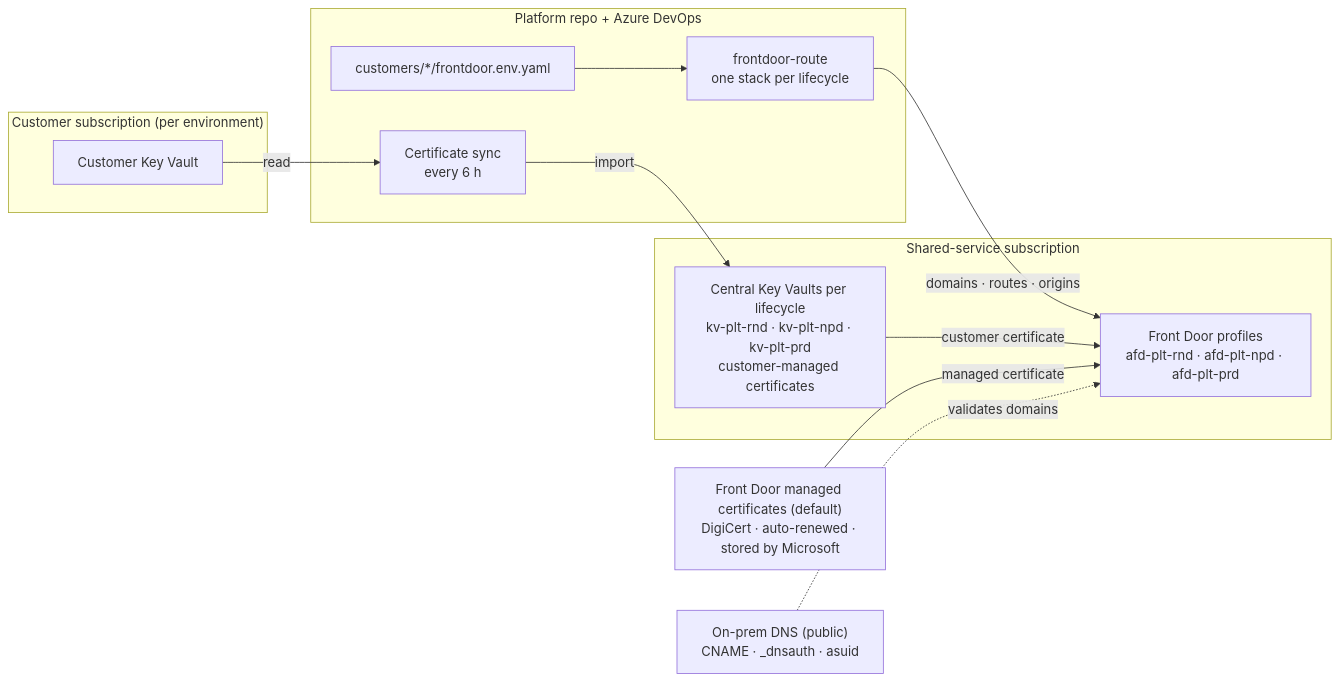
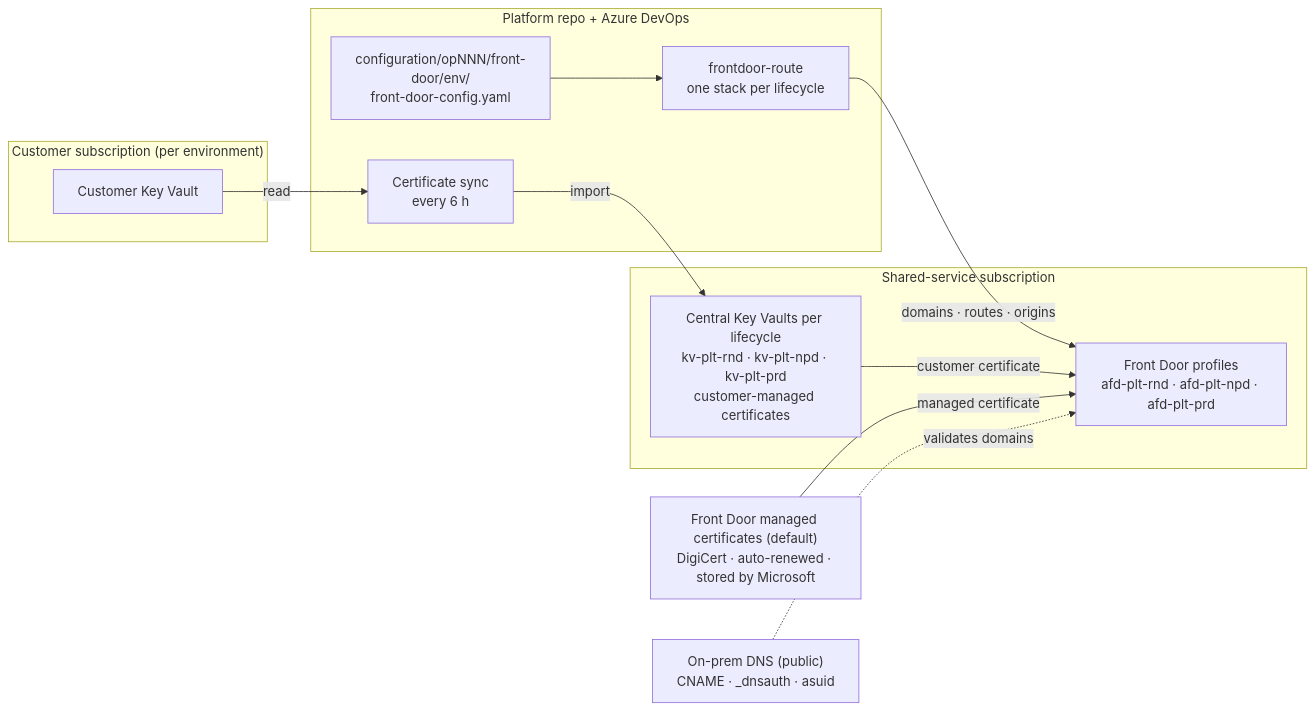
One commit to msdhn/msdhn-projects changed the second of 2 diagrams in architecture/frontdoor/frontdoor_design.md. Above: the diagram before and after it, drawn with Mermaid. The commit also changed other lines of this file and 8 other files, not shown here.

Commit message:
Update Front Door configuration schema and documentation for clarity and consistency

````diff
--- a/architecture/frontdoor/frontdoor_design.md
+++ b/architecture/frontdoor/frontdoor_design.md
@@ -73,28 +73,28 @@
 ```mermaid
 flowchart LR
     subgraph ops["Platform repo + Azure DevOps"]
-        cfg["customers/*/frontdoor.env.yaml"]
+        cfg["configuration/opNNN/front-door/env/<br/>front-door-config.yaml"]
         route["frontdoor-route<br/>one stack per lifecycle"]
         sync["Certificate sync<br/>every 6 h"]
     end
 
     subgraph cust["Customer subscription (per environment)"]
         ckv["Customer Key Vault"]
     end
 
     subgraph shared["Shared-service subscription"]
         kv["Central Key Vaults per lifecycle<br/>kv-plt-rnd · kv-plt-npd · kv-plt-prd<br/>customer-managed certificates"]
         afd["Front Door profiles<br/>afd-plt-rnd · afd-plt-npd · afd-plt-prd"]
     end
 
     mcert["Front Door managed certificates (default)<br/>DigiCert · auto-renewed · stored by Microsoft"]
     dns["On-prem DNS (public)<br/>CNAME · _dnsauth · asuid"]
 
     cfg --> route
     route -->|domains · routes · origins| afd
     ckv -->|read| sync
     sync -->|import| kv
     kv -->|customer certificate| afd
     mcert -->|managed certificate| afd
     dns -.->|validates domains| afd
 ```
````
